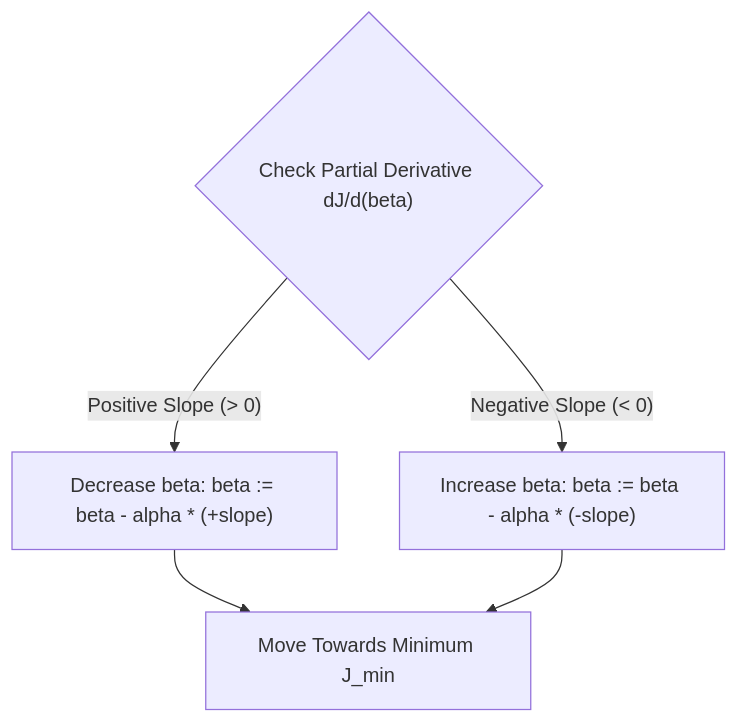
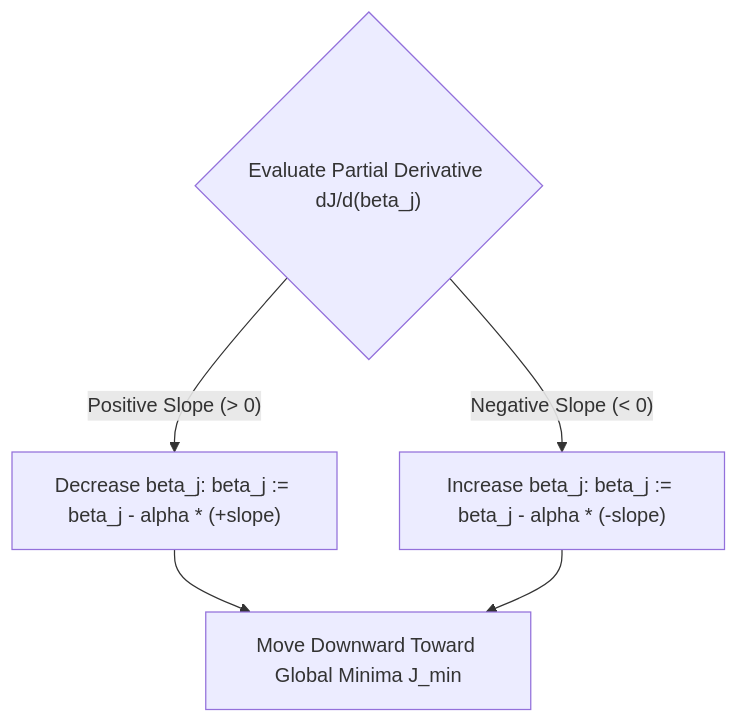
One commit to xrcodexcode/xr_node changed the first of 2 diagrams in 01_RAW/PROCESS/learn-core-machine-learning-part-06.md. Above: the diagram before and after it, drawn with Mermaid. The commit also changed other lines of this file and 15 other files, not shown here.

````diff
--- a/01_RAW/PROCESS/learn-core-machine-learning-part-06.md
+++ b/01_RAW/PROCESS/learn-core-machine-learning-part-06.md
@@ -53,8 +55,8 @@
 ```mermaid
 flowchart TD
-    SlopeCheck{"Check Partial Derivative dJ/d(beta)"}
-    SlopeCheck -- "Positive Slope (> 0)" --> Dec["Decrease beta: beta := beta - alpha * (+slope)"]
-    SlopeCheck -- "Negative Slope (< 0)" --> Inc["Increase beta: beta := beta - alpha * (-slope)"]
-    Dec --> Min["Move Towards Minimum J_min"]
+    SlopeCheck{"Evaluate Partial Derivative dJ/d(beta_j)"}
+    SlopeCheck -- "Positive Slope (> 0)" --> Dec["Decrease beta_j: beta_j := beta_j - alpha * (+slope)"]
+    SlopeCheck -- "Negative Slope (< 0)" --> Inc["Increase beta_j: beta_j := beta_j - alpha * (-slope)"]
+    Dec --> Min["Move Downward Toward Global Minima J_min"]
     Inc --> Min
 ```
````
